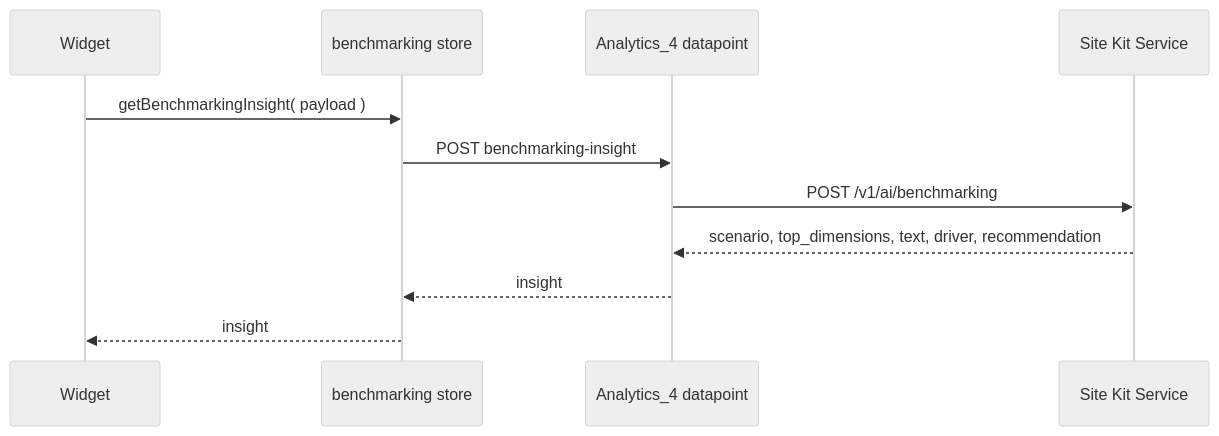
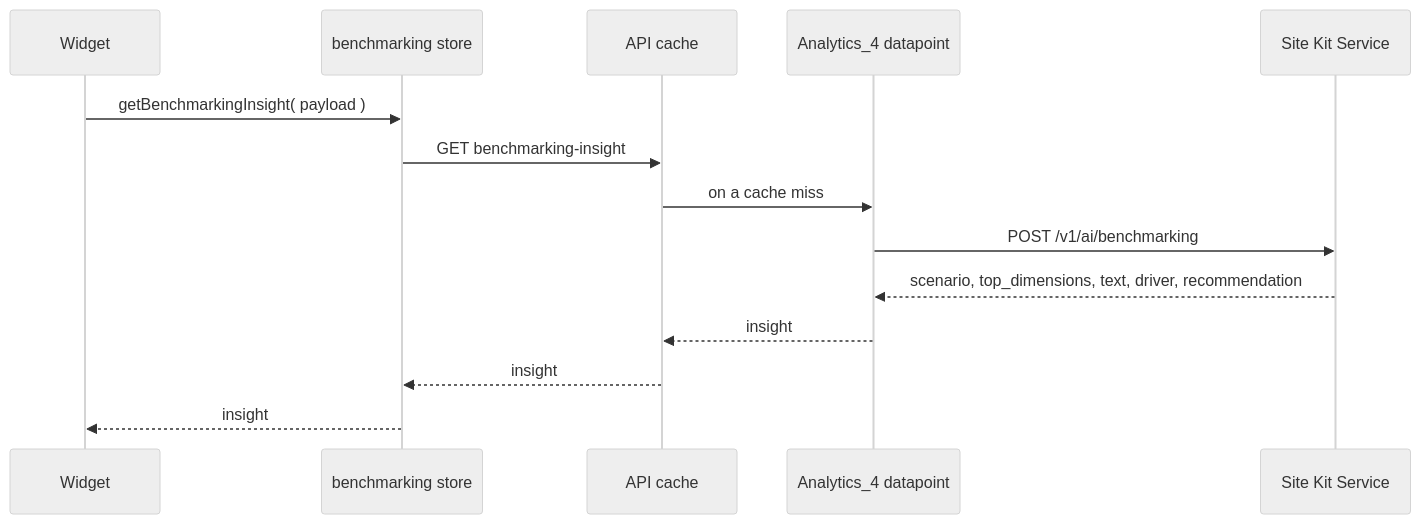
Before and after one commit to google/site-kit-wp: the first of 2 diagrams in docs/epics/performance-benchmarking/design-doc.md, drawn with Mermaid (neutral theme). The commit also changed other lines of this file, not shown here.

````diff
--- a/docs/epics/performance-benchmarking/design-doc.md
+++ b/docs/epics/performance-benchmarking/design-doc.md
@@ -79,13 +78,16 @@
 ```mermaid
 sequenceDiagram
     participant W as Widget
     participant S as benchmarking store
+    participant C as API cache
     participant P as Analytics_4 datapoint
     participant X as Site Kit Service
     W->>S: getBenchmarkingInsight( payload )
-    S->>P: POST benchmarking-insight
+    S->>C: GET benchmarking-insight
+    C->>P: on a cache miss
     P->>X: POST /v1/ai/benchmarking
     X-->>P: scenario, top_dimensions, text, driver, recommendation
-    P-->>S: insight
+    P-->>C: insight
+    C-->>S: insight
     S-->>W: insight
 ```
````
